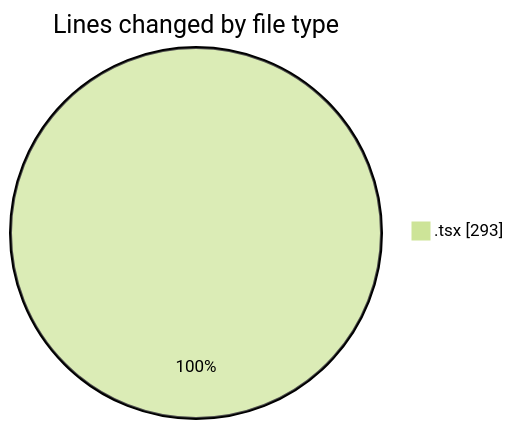
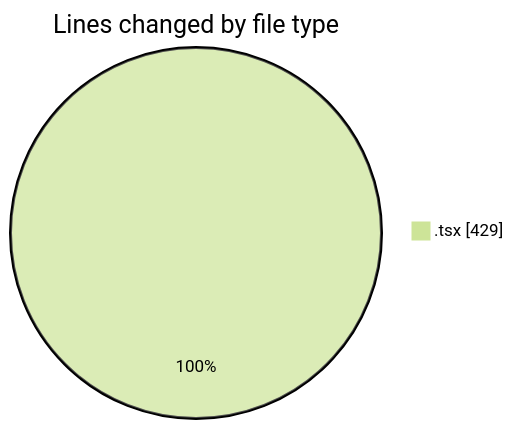
One commit to nxtqubesakshisongat/code-tracking changed the first of 2 diagrams in 2026-06-28/nxtqube_webapp/README.md. Above: the diagram before and after it, drawn with Mermaid (forest theme). The commit also changed other lines of this file and 1 other file, not shown here.

````diff
--- a/2026-06-28/nxtqube_webapp/README.md
+++ b/2026-06-28/nxtqube_webapp/README.md
@@ -20,5 +20,5 @@
 ```mermaid
 pie showData
 title Lines changed by file type
-".tsx" : 293
+".tsx" : 429
 ```
````
